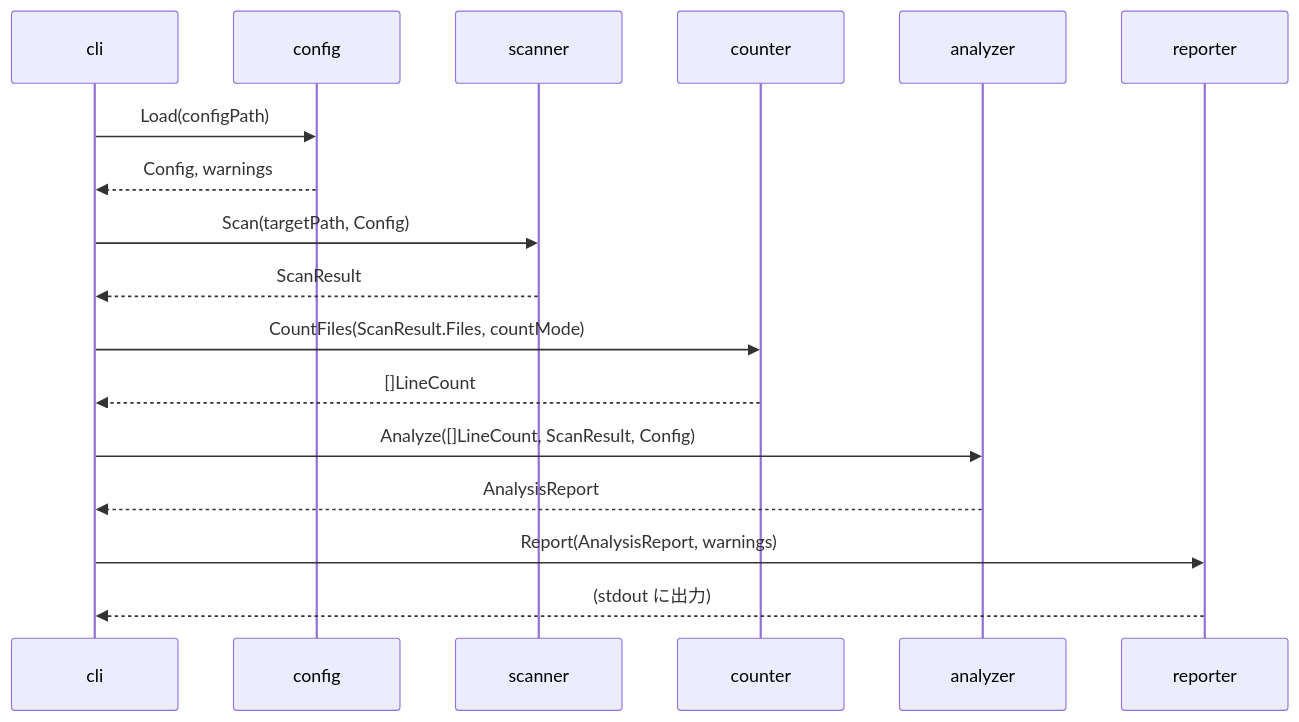
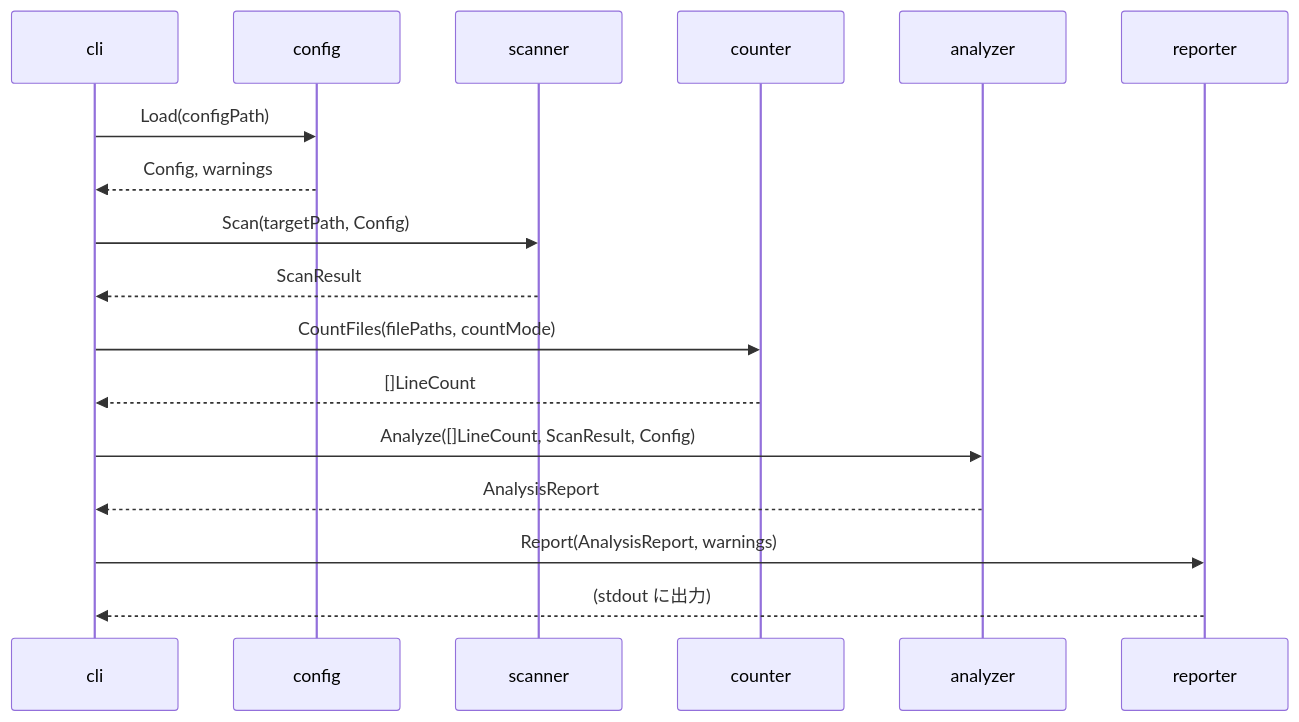
The third of 3 diagrams in docs/components/overview.md (ousiassllc/Linterly), drawn with Mermaid before and after one commit. The commit also changed other lines of this file and 4 other files, not shown here.

````diff
--- a/docs/components/overview.md
+++ b/docs/components/overview.md
@@ -344,20 +348,20 @@
 ```mermaid
 sequenceDiagram
     participant CLI as cli
     participant Cfg as config
     participant Scn as scanner
     participant Cnt as counter
     participant Ana as analyzer
     participant Rpt as reporter
 
     CLI->>Cfg: Load(configPath)
     Cfg-->>CLI: Config, warnings
     CLI->>Scn: Scan(targetPath, Config)
     Scn-->>CLI: ScanResult
-    CLI->>Cnt: CountFiles(ScanResult.Files, countMode)
+    CLI->>Cnt: CountFiles(filePaths, countMode)
     Cnt-->>CLI: []LineCount
     CLI->>Ana: Analyze([]LineCount, ScanResult, Config)
     Ana-->>CLI: AnalysisReport
     CLI->>Rpt: Report(AnalysisReport, warnings)
     Rpt-->>CLI: (stdout に出力)
 ```
````
